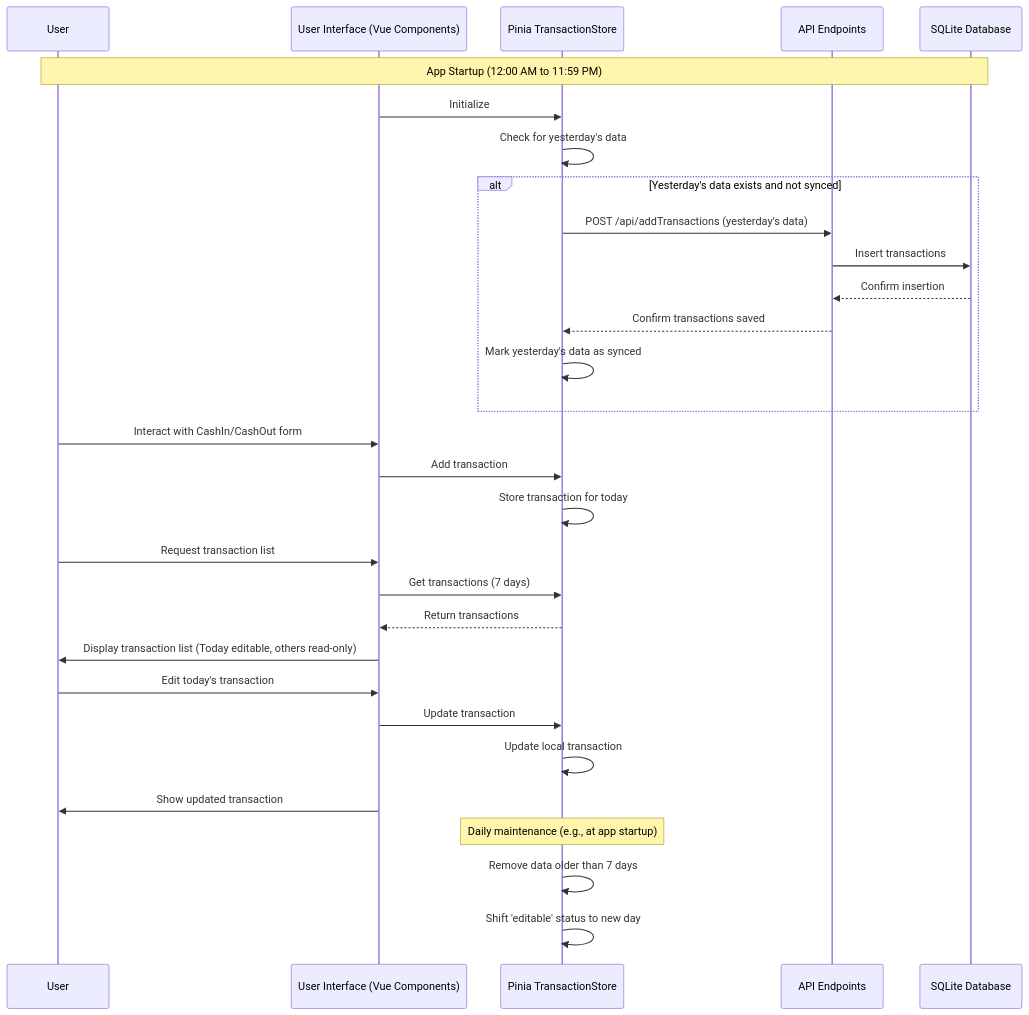
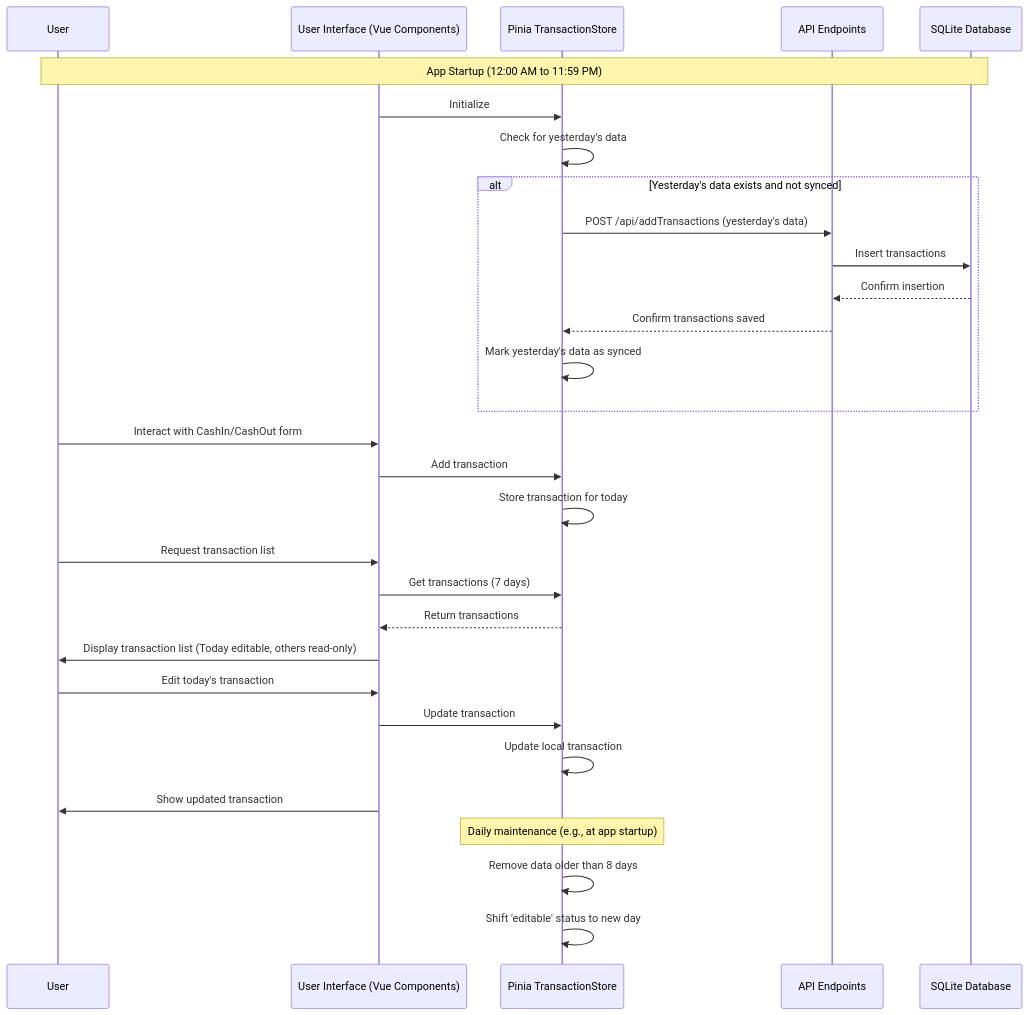
One commit to AzraiHasan/note-nitro-db changed the diagram in app-sequence-diagram.md. Above: the diagram before and after it, drawn with Mermaid. The commit also changed other lines of this file and 9 other files, not shown here.

```diff
--- a/app-sequence-diagram.md
+++ b/app-sequence-diagram.md
@@ -1,37 +1,37 @@
 :::mermaid
 sequenceDiagram
     participant User
     participant UI as User Interface (Vue Components)
     participant TransactionStore as Pinia TransactionStore
     participant API as API Endpoints
     participant DB as SQLite Database
 
     Note over User,DB: App Startup (12:00 AM to 11:59 PM)
     UI->>TransactionStore: Initialize
     TransactionStore->>TransactionStore: Check for yesterday's data
     alt Yesterday's data exists and not synced
         TransactionStore->>API: POST /api/addTransactions (yesterday's data)
         API->>DB: Insert transactions
         DB-->>API: Confirm insertion
         API-->>TransactionStore: Confirm transactions saved
         TransactionStore->>TransactionStore: Mark yesterday's data as synced
     end
 
     User->>UI: Interact with CashIn/CashOut form
     UI->>TransactionStore: Add transaction
     TransactionStore->>TransactionStore: Store transaction for today
 
     User->>UI: Request transaction list
     UI->>TransactionStore: Get transactions (7 days)
     TransactionStore-->>UI: Return transactions
     UI->>User: Display transaction list (Today editable, others read-only)
 
     User->>UI: Edit today's transaction
     UI->>TransactionStore: Update transaction
     TransactionStore->>TransactionStore: Update local transaction
     UI->>User: Show updated transaction
 
     Note over TransactionStore: Daily maintenance (e.g., at app startup)
-    TransactionStore->>TransactionStore: Remove data older than 7 days
+    TransactionStore->>TransactionStore: Remove data older than 8 days
     TransactionStore->>TransactionStore: Shift 'editable' status to new day
 :::
```
